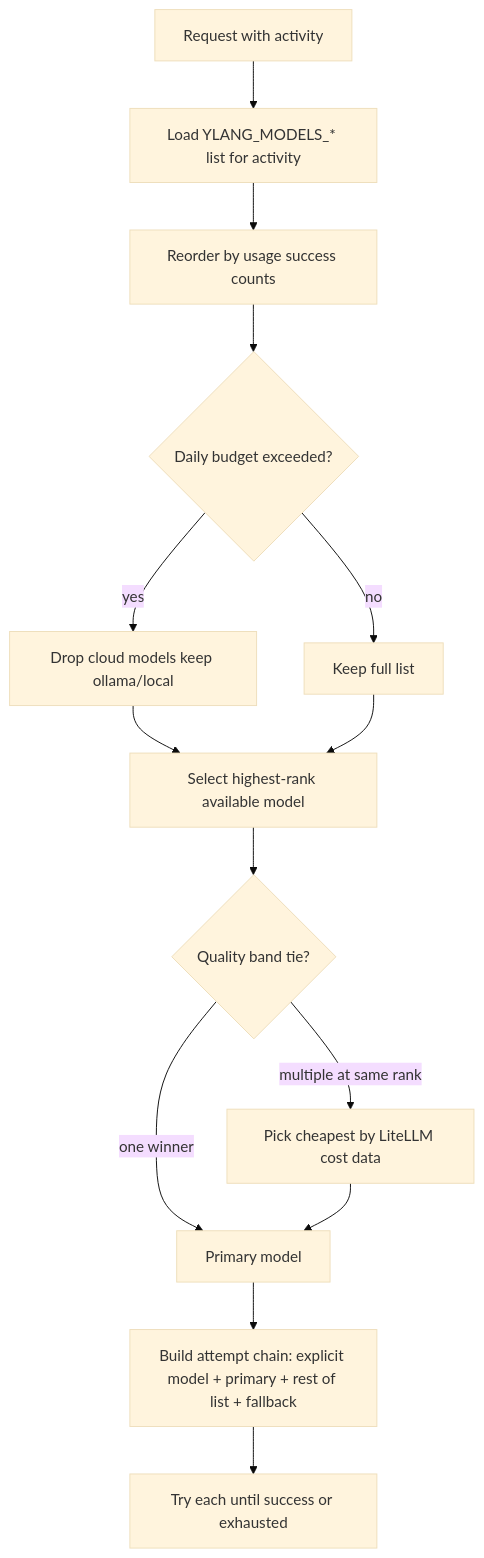
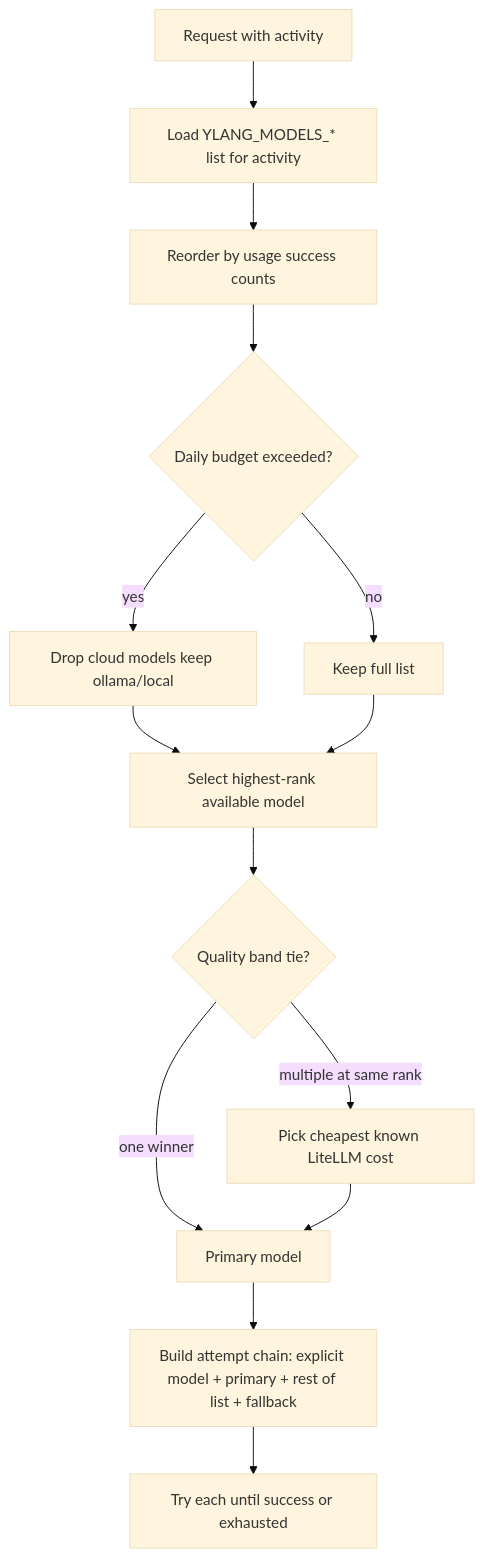
One commit to Yann-0/ylang changed the second of 2 diagrams in docs/configuration.md. Above: the diagram before and after it, drawn with Mermaid (base theme). The commit also changed other lines of this file and 56 other files, not shown here.

````diff
--- a/docs/configuration.md
+++ b/docs/configuration.md
@@ -246,16 +403,16 @@
 ```mermaid
 flowchart TD
     A[Request with activity] --> B[Load YLANG_MODELS_* list for activity]
     B --> C[Reorder by usage success counts]
     C --> D{Daily budget exceeded?}
     D -->|yes| E[Drop cloud models keep ollama/local]
     D -->|no| F[Keep full list]
     E --> G[Select highest-rank available model]
     F --> G
     G --> H{Quality band tie?}
-    H -->|multiple at same rank| I[Pick cheapest by LiteLLM cost data]
+    H -->|multiple at same rank| I[Pick cheapest known LiteLLM cost]
     H -->|one winner| J[Primary model]
     I --> J
     J --> K[Build attempt chain: explicit model + primary + rest of list + fallback]
     K --> L[Try each until success or exhausted]
 ```
````
